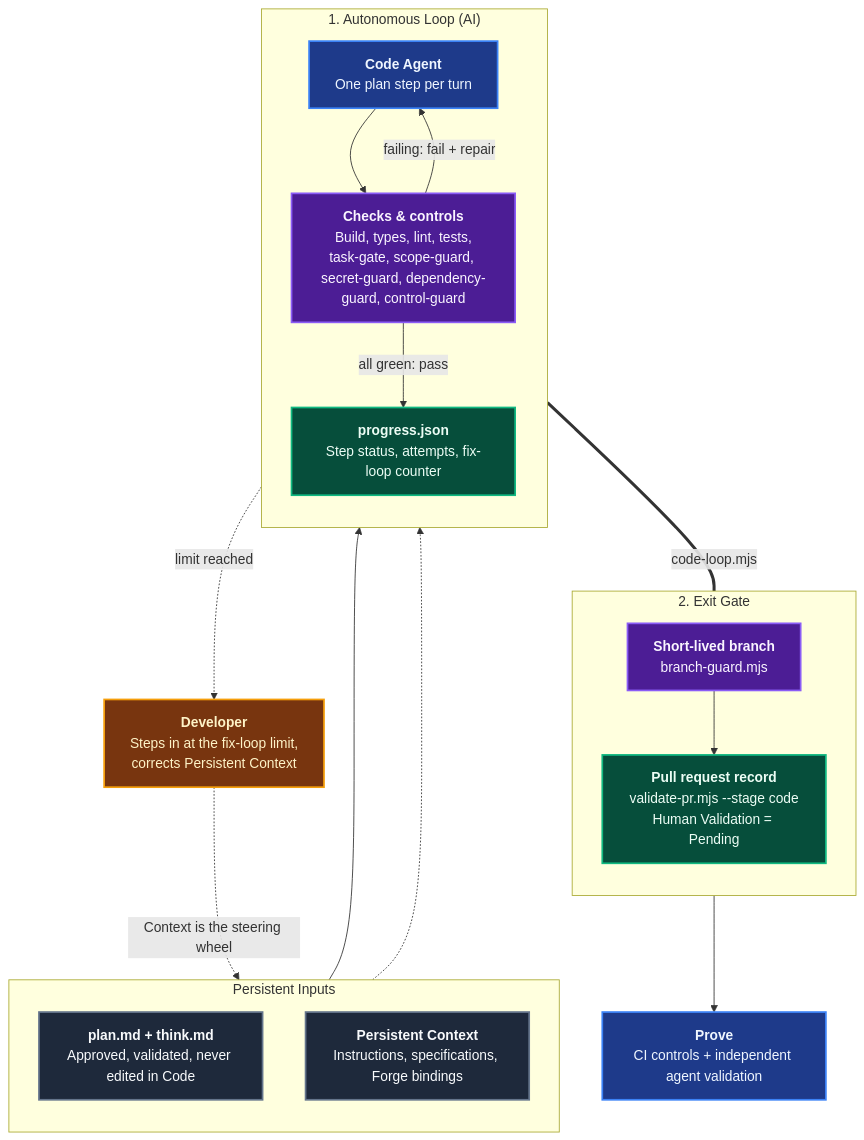
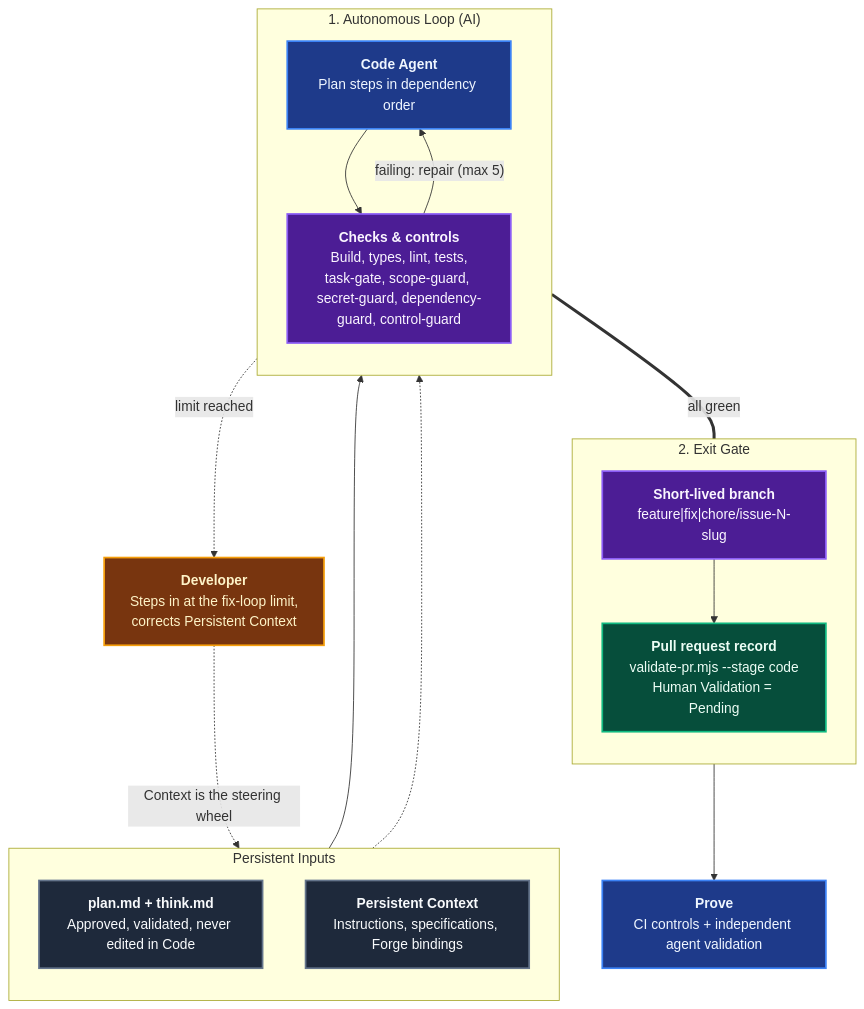
The first of 2 diagrams in website/docs/guide/domain-code.md (ALTEN-group/coding-pal), drawn with Mermaid before and after one commit. The commit also changed other lines of this file and 173 other files, not shown here.

````diff
--- a/website/docs/guide/domain-code.md
+++ b/website/docs/guide/domain-code.md
@@ -11,50 +11,48 @@
 ```mermaid
 ---
 caption: Validated Plan to Pull Request (Plan -> Code -> Prove)
 ---
 flowchart TD
     subgraph Inputs ["Persistent Inputs"]
         direction TB
         PLAN["<b>plan.md + think.md</b><br/>Approved, validated, never edited in Code"]
         CTX["<b>Persistent Context</b><br/>Instructions, specifications, Forge bindings"]
     end
 
     subgraph Loop ["1. Autonomous Loop (AI)"]
         direction TB
-        AG["<b>Code Agent</b><br/>One plan step per turn"]
+        AG["<b>Code Agent</b><br/>Plan steps in dependency order"]
         CTRL["<b>Checks & controls</b><br/>Build, types, lint, tests,<br/>task-gate, scope-guard, secret-guard, dependency-guard, control-guard"]
-        PRG["<b>progress.json</b><br/>Step status, attempts, fix-loop counter"]
         AG --> CTRL
-        CTRL -->|"all green: pass"| PRG
-        CTRL -->|"failing: fail + repair"| AG
+        CTRL -->|"failing: repair (max 5)"| AG
     end
 
     subgraph Gate ["2. Exit Gate"]
         direction TB
-        BR["<b>Short-lived branch</b><br/>branch-guard.mjs"]
+        BR["<b>Short-lived branch</b><br/>feature|fix|chore/issue-N-slug"]
         PR["<b>Pull request record</b><br/>validate-pr.mjs --stage code<br/>Human Validation = Pending"]
         BR --> PR
     end
 
     DEV["<b>Developer</b><br/>Steps in at the fix-loop limit,<br/>corrects Persistent Context"]
     PROVE["<b>Prove</b><br/>CI controls + independent agent validation"]
 
     PLAN --> AG
     CTX -.-> AG
-    PRG ===|"code-loop.mjs"| BR
+    CTRL ===|"all green"| BR
     PR --> PROVE
     AG -.->|"limit reached"| DEV
     DEV -.->|"Context is the steering wheel"| CTX
 
     classDef stage fill:#1e3a8a,stroke:#3b82f6,stroke-width:2px,color:#eff6ff;
     classDef artifact fill:#064e3b,stroke:#10b981,stroke-width:2px,color:#ecfdf5;
     classDef input fill:#1e293b,stroke:#64748b,stroke-width:2px,color:#f8fafc;
     classDef human fill:#78350f,stroke:#f59e0b,stroke-width:2px,color:#fef3c7;
     classDef control fill:#4c1d95,stroke:#8b5cf6,stroke-width:2px,color:#faf5ff;
 
     class PLAN,CTX input;
     class AG,PROVE stage;
-    class PRG,PR artifact;
+    class PR artifact;
     class CTRL,BR control;
     class DEV human;
 ```
````
